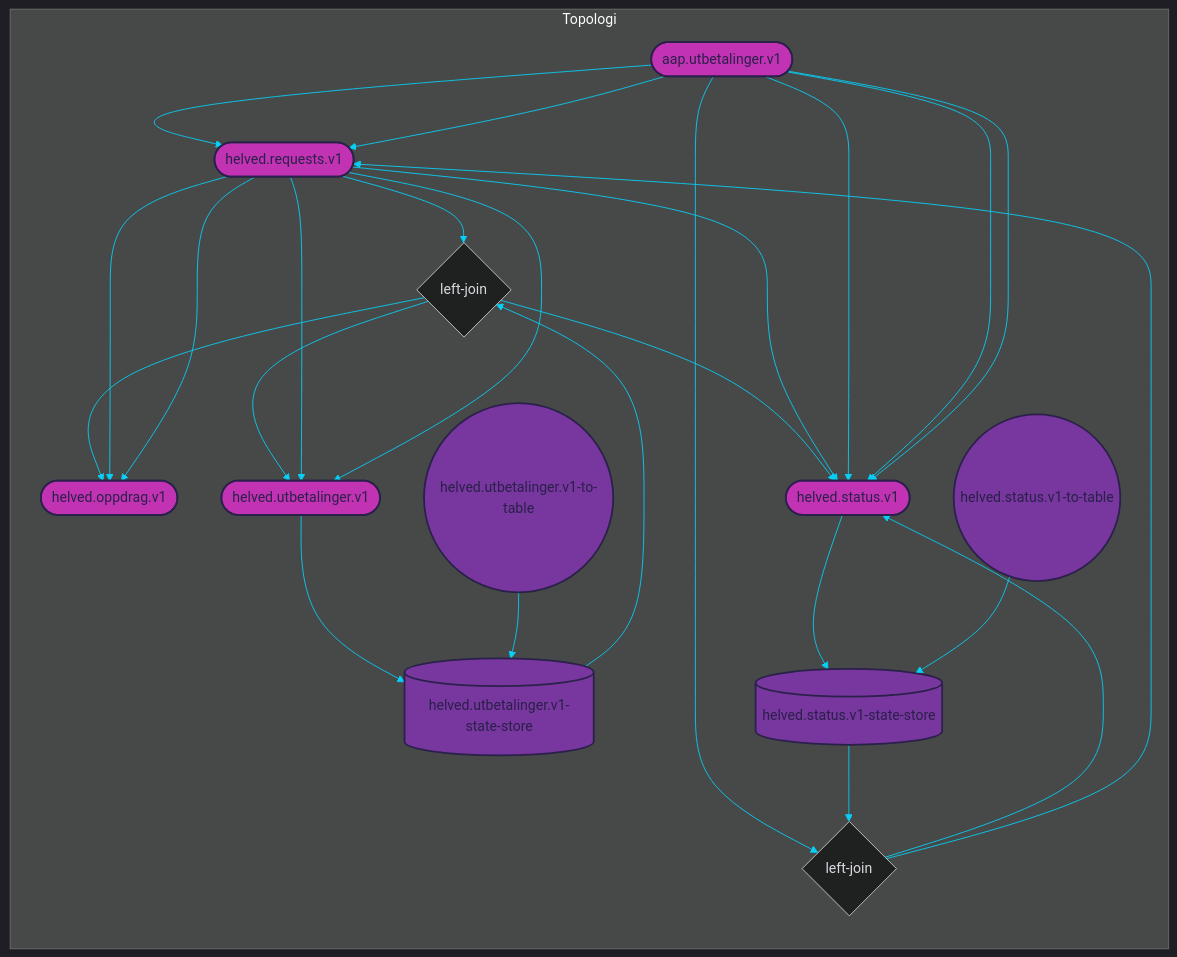
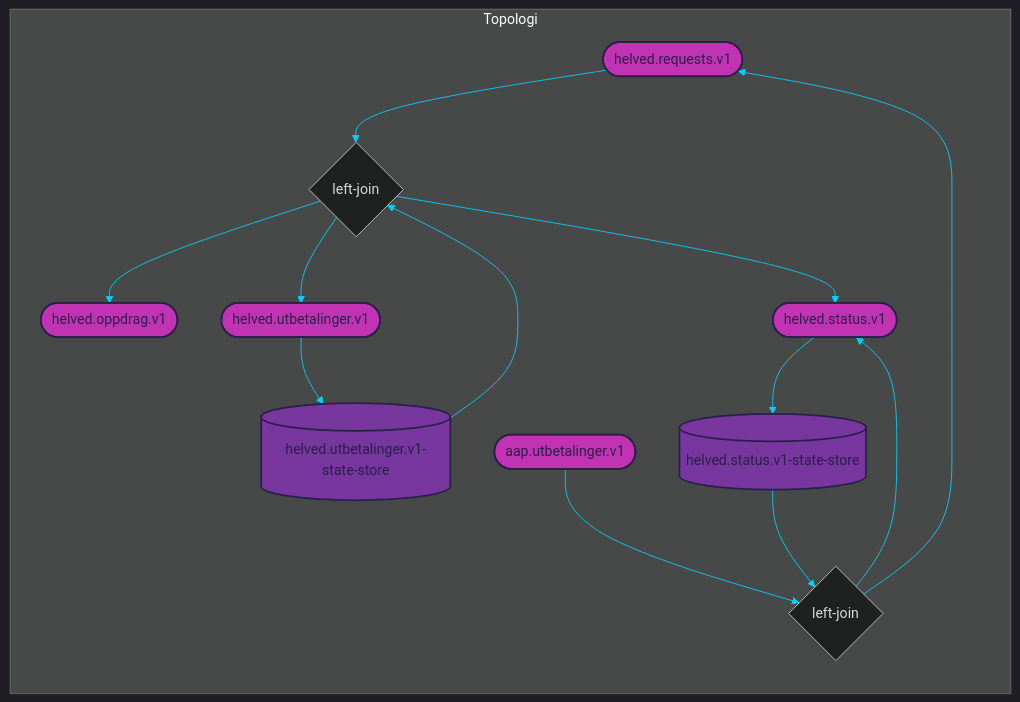
Before and after one commit to navikt/helved-utbetaling: the diagram in dokumentasjon/topology.mmd, drawn with Mermaid. The commit also changed other lines of this file and 3 other files, not shown here.

Commit message:
test new mermaid diagram

```diff
--- a/dokumentasjon/topology.mmd
+++ b/dokumentasjon/topology.mmd
@@ -1,90 +1,77 @@
 
 %%{init: {'theme': 'dark', 'themeVariables': { 'primaryColor': '#07cff6', 'textColor': '#dad9e0', 'lineColor': '#07cff6'}}}%%
 
 graph LR
 
 subgraph Topologi
     %% TOPICS
     helved.requests.v1([helved.requests.v1])
 	helved.utbetalinger.v1([helved.utbetalinger.v1])
 	helved.oppdrag.v1([helved.oppdrag.v1])
 	helved.status.v1([helved.status.v1])
 	aap.utbetalinger.v1([aap.utbetalinger.v1])
 
     %% JOINS
     helved.requests.v1-left-join-helved.utbetalinger.v1{left-join}
 	aap.utbetalinger.v1-left-join-helved.status.v1{left-join}
 
     %% STATE PROCESSORS
     
     
     %% STATE STORES
     helved.utbetalinger.v1-state-store[(helved.utbetalinger.v1-state-store)]
 	helved.status.v1-state-store[(helved.status.v1-state-store)]
     
     %% DATABASES
     
     
 
     %% PROCESSOR API JOBS
-    helved.utbetalinger.v1-to-table((helved.utbetalinger.v1-to-table))
-	helved.status.v1-to-table((helved.status.v1-to-table))
+    
     
     %% JOIN STREAMS
     helved.requests.v1 --> helved.requests.v1-left-join-helved.utbetalinger.v1
 	helved.utbetalinger.v1-state-store --> helved.requests.v1-left-join-helved.utbetalinger.v1
 	helved.requests.v1-left-join-helved.utbetalinger.v1 --> helved.oppdrag.v1
 	helved.requests.v1-left-join-helved.utbetalinger.v1 --> helved.utbetalinger.v1
 	helved.requests.v1-left-join-helved.utbetalinger.v1 --> helved.status.v1
 	aap.utbetalinger.v1 --> aap.utbetalinger.v1-left-join-helved.status.v1
 	helved.status.v1-state-store --> aap.utbetalinger.v1-left-join-helved.status.v1
 	aap.utbetalinger.v1-left-join-helved.status.v1 --> helved.status.v1
 	aap.utbetalinger.v1-left-join-helved.status.v1 --> helved.requests.v1
 
     %% TABLE STREAMS
     helved.utbetalinger.v1 --> helved.utbetalinger.v1-state-store
 	helved.status.v1 --> helved.status.v1-state-store
 
     %% JOB STREAMS
-    helved.utbetalinger.v1-to-table --> helved.utbetalinger.v1-state-store
-	helved.status.v1-to-table --> helved.status.v1-state-store
+    
     
     %% BRANCH STREAMS
-    helved.requests.v1 --> helved.oppdrag.v1
-	helved.requests.v1 --> helved.utbetalinger.v1
-	helved.requests.v1 --> helved.status.v1
-	helved.requests.v1 --> helved.oppdrag.v1
-	helved.requests.v1 --> helved.utbetalinger.v1
-	aap.utbetalinger.v1 --> helved.status.v1
-	aap.utbetalinger.v1 --> helved.requests.v1
-	aap.utbetalinger.v1 --> helved.status.v1
-	aap.utbetalinger.v1 --> helved.status.v1
-	aap.utbetalinger.v1 --> helved.requests.v1
+    
 
     %% REPARTITION STREAMS
     
     
     %% BASIC STREAMS
     
     
     %% CUSTOM PROCESS STREAMS
     
 end
 
 %% COLORS
 %% light    #dad9e0
 %% purple   #78369f
 %% pink     #c233b4
 %% dark     #2a204a
 %% blue     #07cff6
 
 %% STYLES
 style helved.requests.v1 fill:#c233b4, stroke:#2a204a, stroke-width:2px, color:#2a204a
 style helved.utbetalinger.v1 fill:#c233b4, stroke:#2a204a, stroke-width:2px, color:#2a204a
 style helved.oppdrag.v1 fill:#c233b4, stroke:#2a204a, stroke-width:2px, color:#2a204a
 style helved.status.v1 fill:#c233b4, stroke:#2a204a, stroke-width:2px, color:#2a204a
 style aap.utbetalinger.v1 fill:#c233b4, stroke:#2a204a, stroke-width:2px, color:#2a204a
 style helved.utbetalinger.v1-state-store fill:#78369f, stroke:#2a204a, stroke-width:2px, color:#2a204a
 style helved.status.v1-state-store fill:#78369f, stroke:#2a204a, stroke-width:2px, color:#2a204a
-style helved.utbetalinger.v1-to-table fill:#78369f, stroke:#2a204a, stroke-width:2px, color:#2a204a
-style helved.status.v1-to-table fill:#78369f, stroke:#2a204a, stroke-width:2px, color:#2a204a
```
